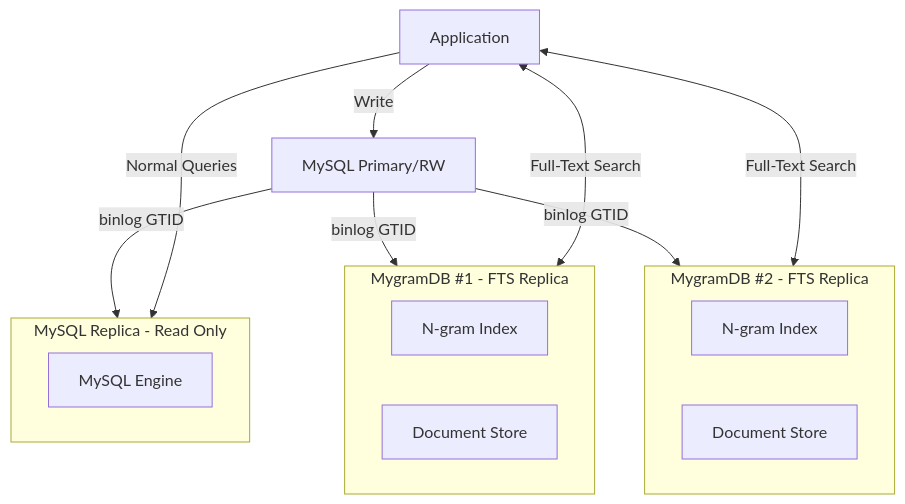
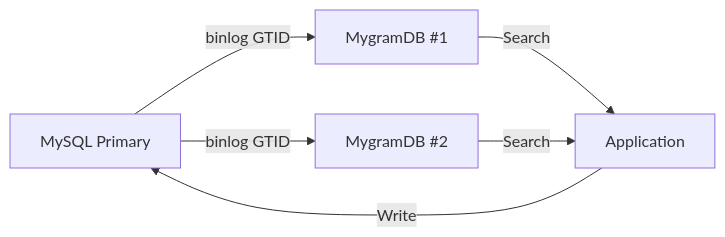
Before and after one commit to libraz/mygram-db: the diagram in README.md, drawn with Mermaid. The commit also changed other lines of this file and 9 other files, not shown here.

````diff
--- a/README.md
+++ b/README.md
@@ -38,25 +116,9 @@
 ```mermaid
-graph TD
-    MySQL[MySQL Primary/RW] -->|binlog GTID| MySQLReplica[MySQL Replica]
-    MySQL -->|binlog GTID| MygramDB1[MygramDB #1]
+graph LR
+    MySQL[MySQL Primary] -->|binlog GTID| MygramDB1[MygramDB #1]
     MySQL -->|binlog GTID| MygramDB2[MygramDB #2]
 
-    subgraph MySQLReplica[MySQL Replica - Read Only]
-        MySQLEngine[MySQL Engine]
-    end
-
-    subgraph MygramDB1[MygramDB #1 - FTS Replica]
-        Index1[N-gram Index]
-        DocStore1[Document Store]
-    end
-
-    subgraph MygramDB2[MygramDB #2 - FTS Replica]
-        Index2[N-gram Index]
-        DocStore2[Document Store]
-    end
-
-    App[Application] -->|Write| MySQL
-    App -->|Normal Queries| MySQLReplica
-    App <-->|Full-Text Search| MygramDB1
-    App <-->|Full-Text Search| MygramDB2
+    MygramDB1 -->|Search| App[Application]
+    MygramDB2 -->|Search| App
+    App -->|Write| MySQL
 ```
````
